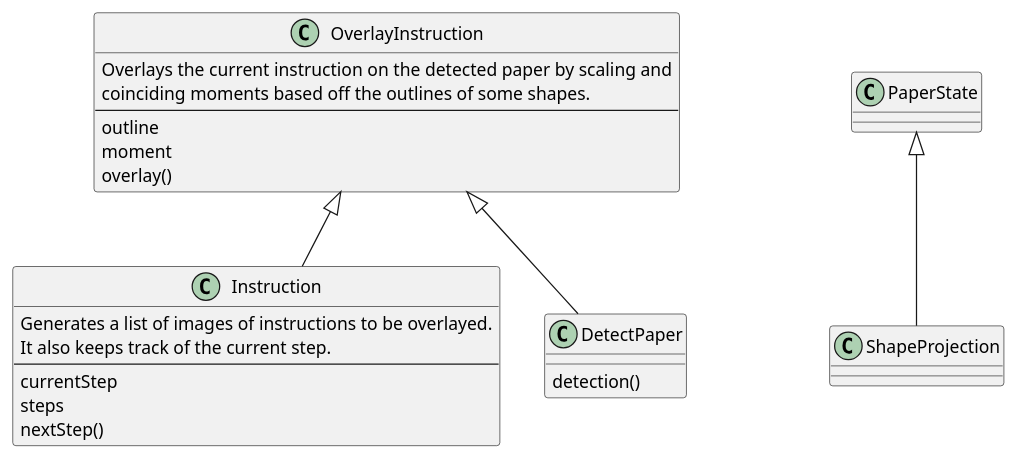
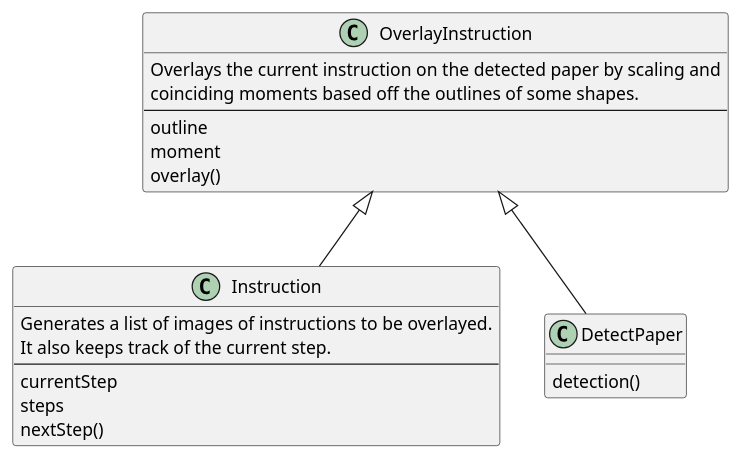
Before and after one commit to concavegit/cv-assisted-origami: the diagram in documents/architecture.plantuml, drawn with PlantUML. The commit also changed 1 other file, not shown here.

Commit message:
update class diagram

```diff
--- a/documents/architecture.plantuml
+++ b/documents/architecture.plantuml
@@ -1,27 +1,26 @@
 @startuml
 OverlayInstruction <|-- Instruction
 OverlayInstruction <|-- DetectPaper
-PaperState <|-- ShapeProjection
 
 class Instruction {
 Generates a list of images of instructions to be overlayed.
 It also keeps track of the current step.
 --
 currentStep
 steps
 nextStep()
 }
 
 class OverlayInstruction {
 Overlays the current instruction on the detected paper by scaling and
 coinciding moments based off the outlines of some shapes.
 --
 outline
 moment
 overlay()
 }
 
 class DetectPaper {
 detection()
 }
 @enduml
```
